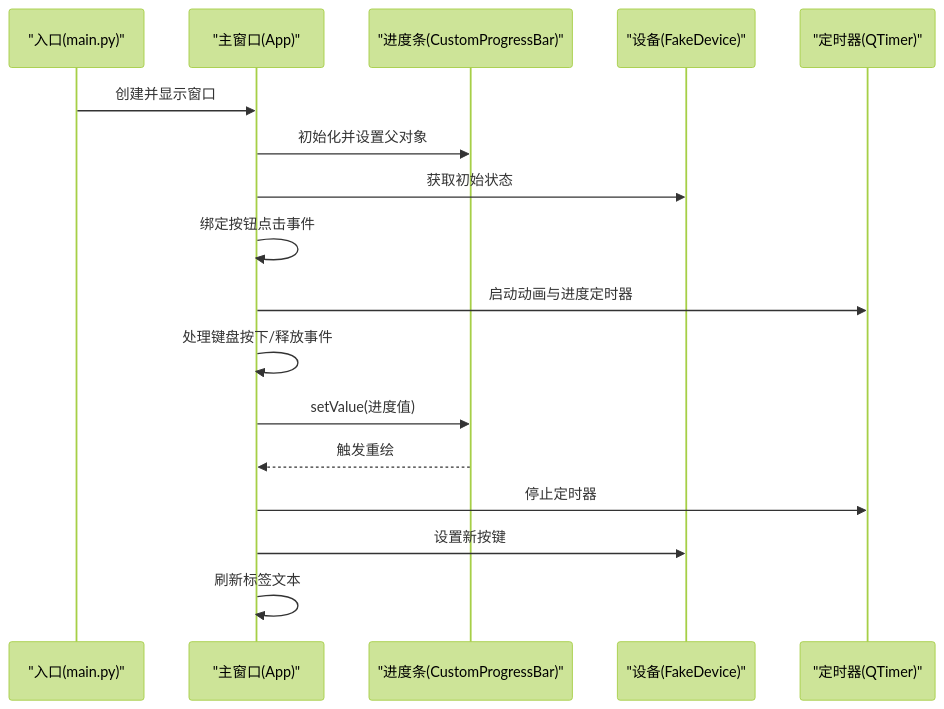
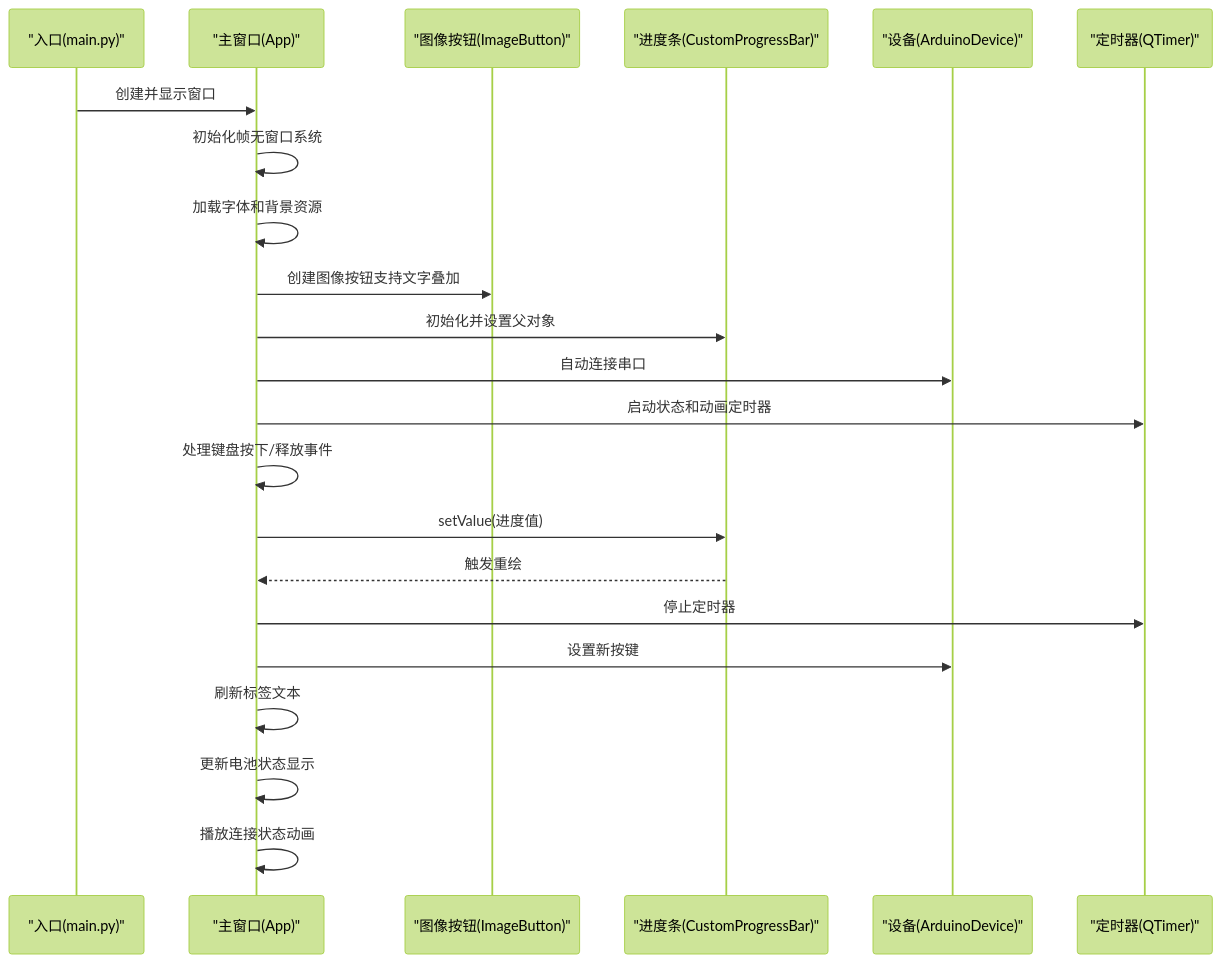
The second of 8 diagrams in .qoder/repowiki/zh/content/桌面应用架构/用户界面组件.md (Hankun-P/wireless-keyboard-toy), drawn with Mermaid (forest theme) before and after one commit. The commit also changed other lines of this file and 10 other files, not shown here.

````diff
--- a/.qoder/repowiki/zh/content/桌面应用架构/用户界面组件.md
+++ b/.qoder/repowiki/zh/content/桌面应用架构/用户界面组件.md
@@ -91,19 +113,24 @@
 ```mermaid
 sequenceDiagram
 participant Entry as "入口(main.py)"
 participant App as "主窗口(App)"
+participant IB as "图像按钮(ImageButton)"
 participant PB as "进度条(CustomProgressBar)"
-participant Dev as "设备(FakeDevice)"
+participant Dev as "设备(ArduinoDevice)"
 participant Timer as "定时器(QTimer)"
 Entry->>App : 创建并显示窗口
+App->>App : 初始化帧无窗口系统
+App->>App : 加载字体和背景资源
+App->>IB : 创建图像按钮支持文字叠加
 App->>PB : 初始化并设置父对象
-App->>Dev : 获取初始状态
-App->>App : 绑定按钮点击事件
-App->>Timer : 启动动画与进度定时器
+App->>Dev : 自动连接串口
+App->>Timer : 启动状态和动画定时器
 App->>App : 处理键盘按下/释放事件
 App->>PB : setValue(进度值)
 PB-->>App : 触发重绘
 App->>Timer : 停止定时器
 App->>Dev : 设置新按键
 App->>App : 刷新标签文本
+App->>App : 更新电池状态显示
+App->>App : 播放连接状态动画
 ```
````
